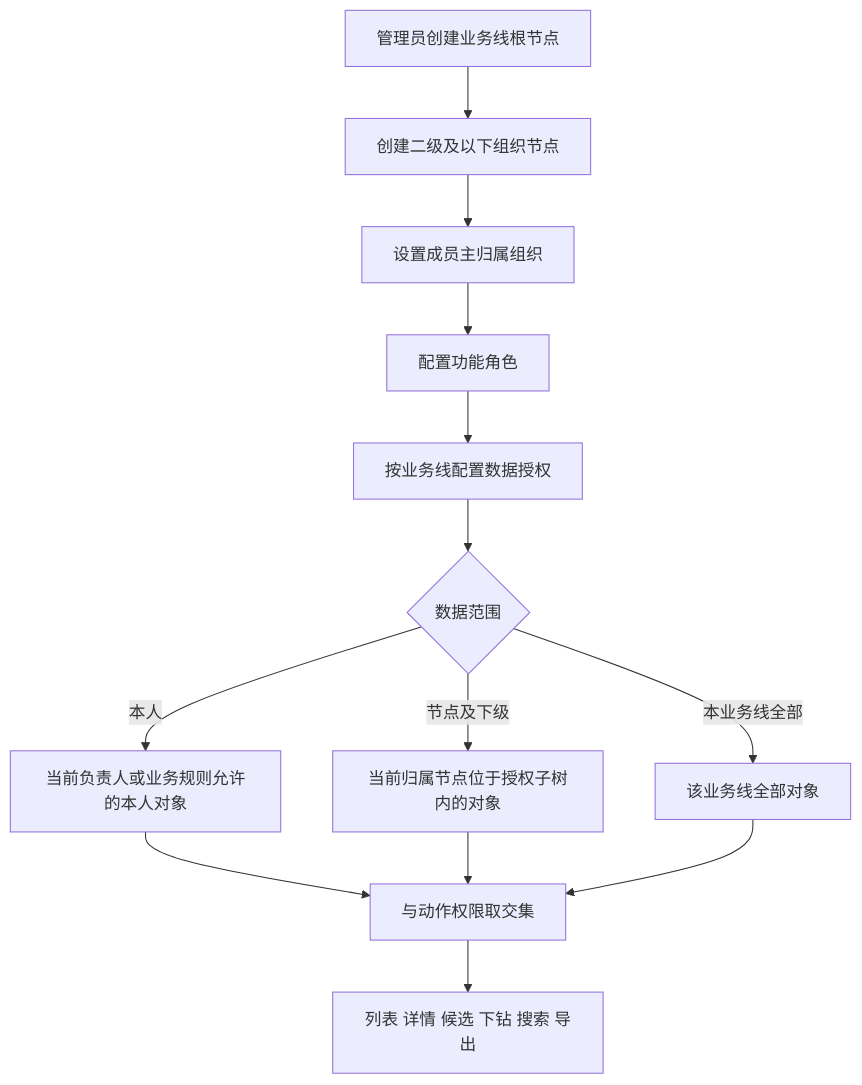
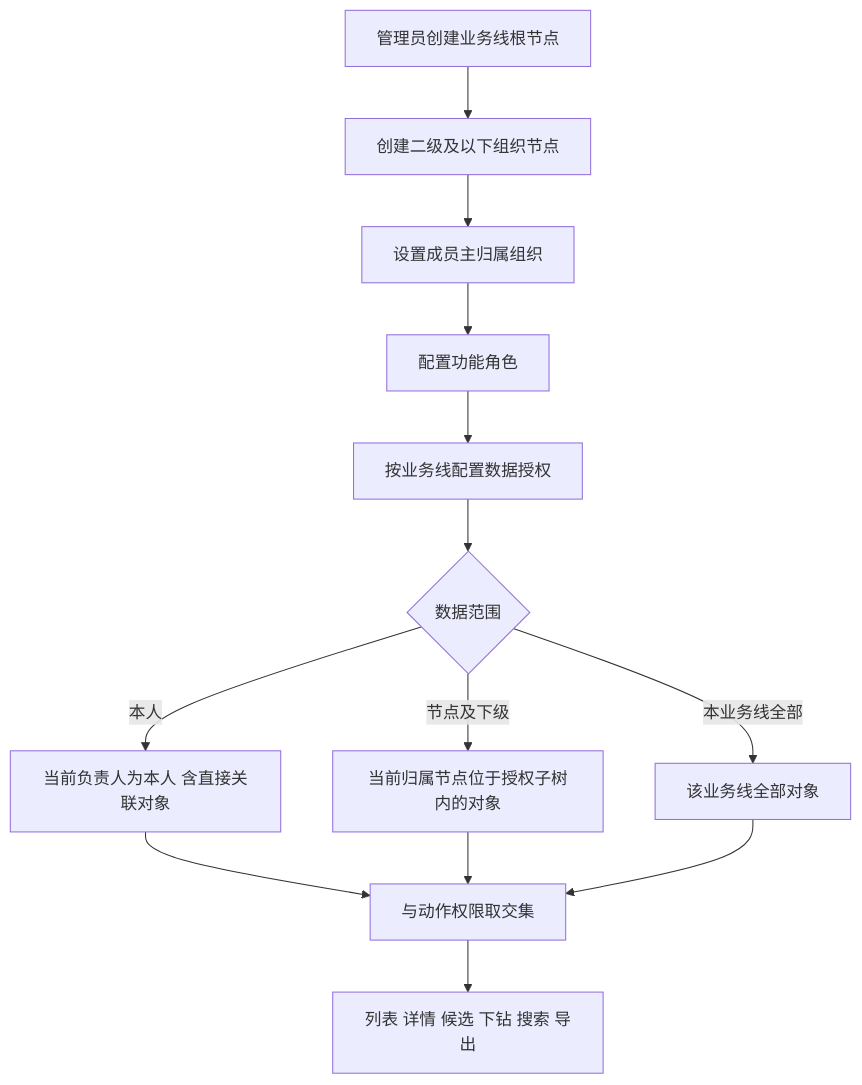
Before and after one commit to h3-ai-lab/hhhprd: the diagram in projects/crm-org-data-permissions/research/REQUIREMENT-ANALYSIS.md, drawn with Mermaid. The commit also changed other lines of this file and 7 other files, not shown here.

````diff
--- a/projects/crm-org-data-permissions/research/REQUIREMENT-ANALYSIS.md
+++ b/projects/crm-org-data-permissions/research/REQUIREMENT-ANALYSIS.md
@@ -110,15 +111,15 @@
 ```mermaid
 flowchart TD
     A[管理员创建业务线根节点] --> B[创建二级及以下组织节点]
     B --> C[设置成员主归属组织]
     C --> D[配置功能角色]
     D --> E[按业务线配置数据授权]
     E --> F{数据范围}
-    F -->|本人| G[当前负责人或业务规则允许的本人对象]
+    F -->|本人| G[当前负责人为本人 含直接关联对象]
     F -->|节点及下级| H[当前归属节点位于授权子树内的对象]
     F -->|本业务线全部| I[该业务线全部对象]
     G --> J[与动作权限取交集]
     H --> J
     I --> J
     J --> K[列表 详情 候选 下钻 搜索 导出]
 ```
````
